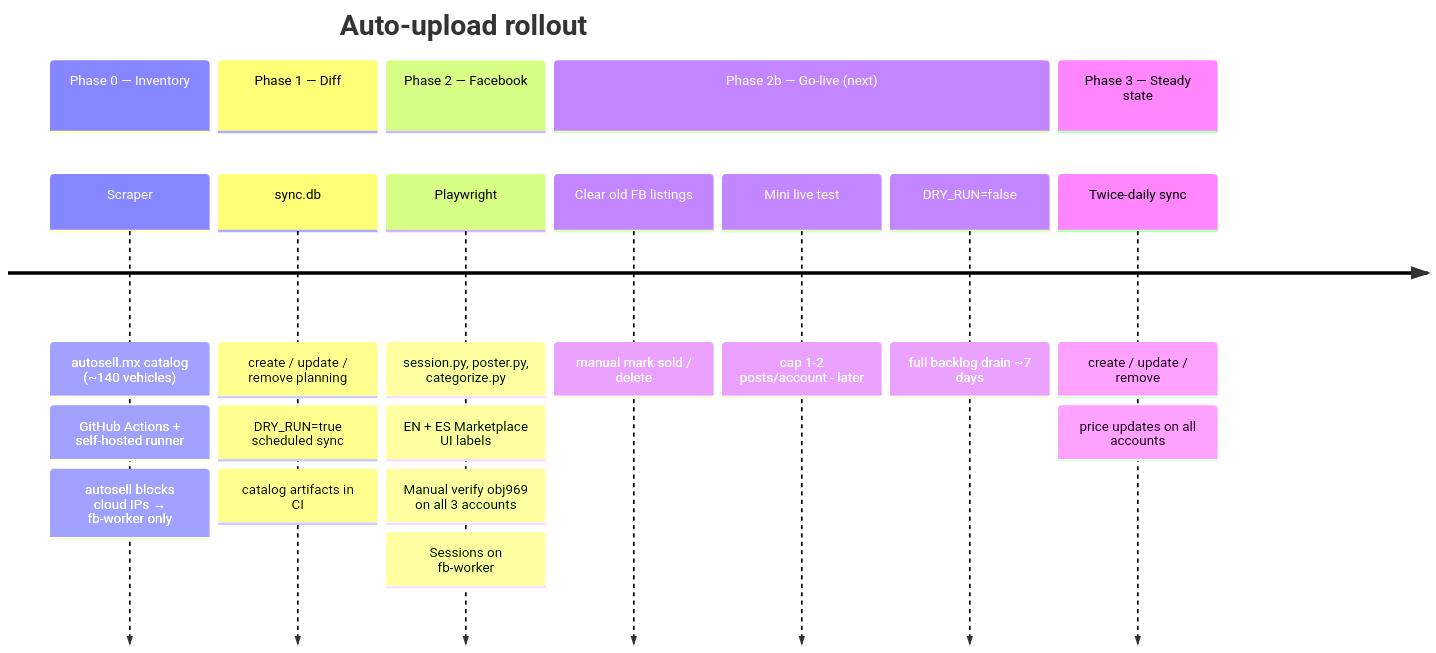
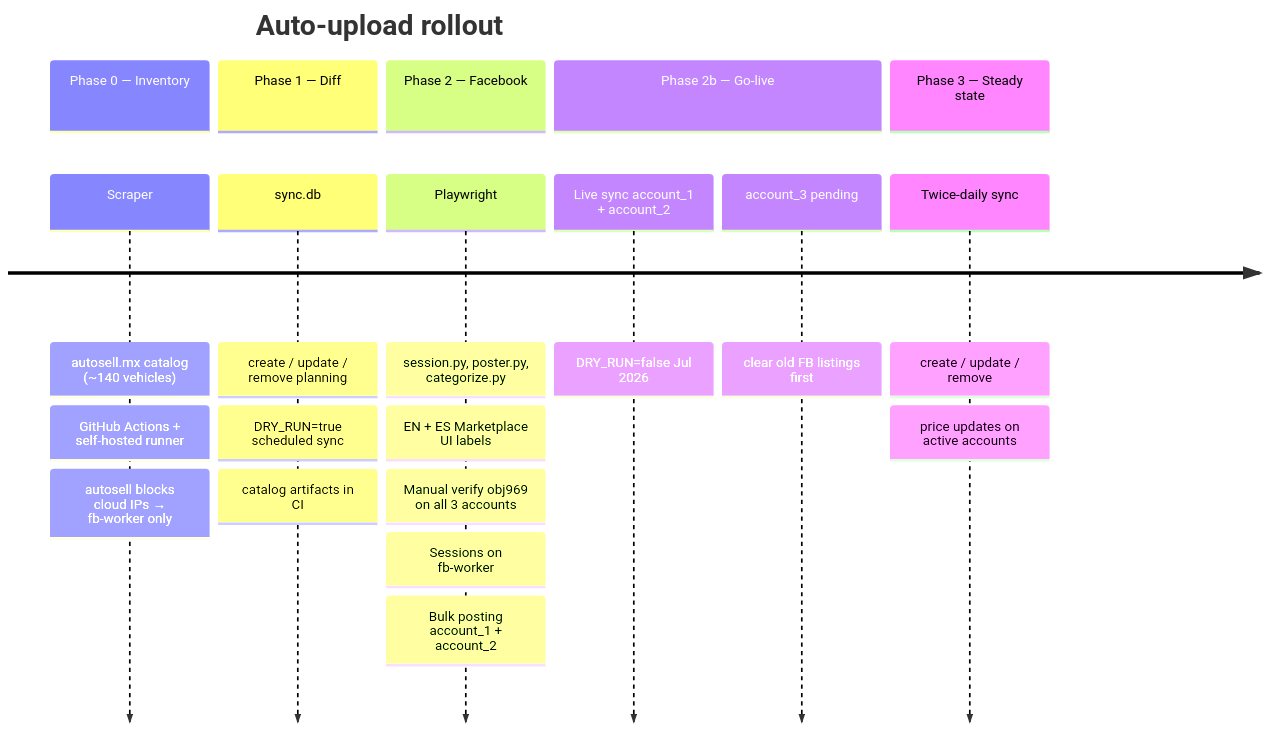
Before and after one commit to mg22mex/auto-upload: the seventh of 10 diagrams in docs/PROJECT_GUIDE.md, drawn with Mermaid. The commit also changed other lines of this file and 2 other files, not shown here.

First line of the commit message:
Update docs for live sync on account_1 and account_2.

````diff
--- a/docs/PROJECT_GUIDE.md
+++ b/docs/PROJECT_GUIDE.md
@@ -171,24 +174,24 @@
 ```mermaid
 timeline
     title Auto-upload rollout
     section Phase 0 — Inventory
         Scraper : autosell.mx catalog (~140 vehicles)
         : GitHub Actions + self-hosted runner
         : autosell blocks cloud IPs → fb-worker only
     section Phase 1 — Diff
         sync.db : create / update / remove planning
         : DRY_RUN=true scheduled sync
         : catalog artifacts in CI
     section Phase 2 — Facebook
         Playwright : session.py, poster.py, categorize.py
         : EN + ES Marketplace UI labels
         : Manual verify obj969 on all 3 accounts
         : Sessions on fb-worker
-    section Phase 2b — Go-live (next)
-        Clear old FB listings : manual mark sold / delete
-        Mini live test : cap 1-2 posts/account - later
-        DRY_RUN=false : full backlog drain ~7 days
+        : Bulk posting account_1 + account_2
+    section Phase 2b — Go-live
+        Live sync account_1 + account_2 : DRY_RUN=false Jul 2026
+        account_3 pending : clear old FB listings first
     section Phase 3 — Steady state
         Twice-daily sync : create / update / remove
-        : price updates on all accounts
+        : price updates on active accounts
 ```
````
